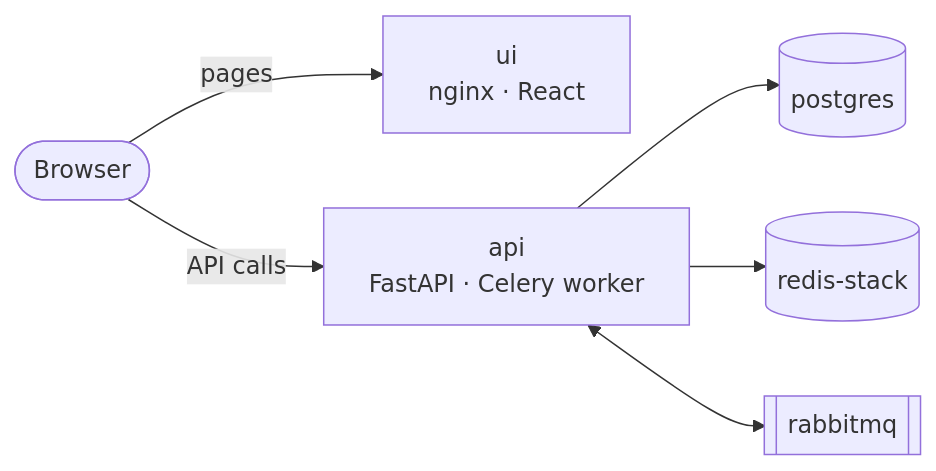
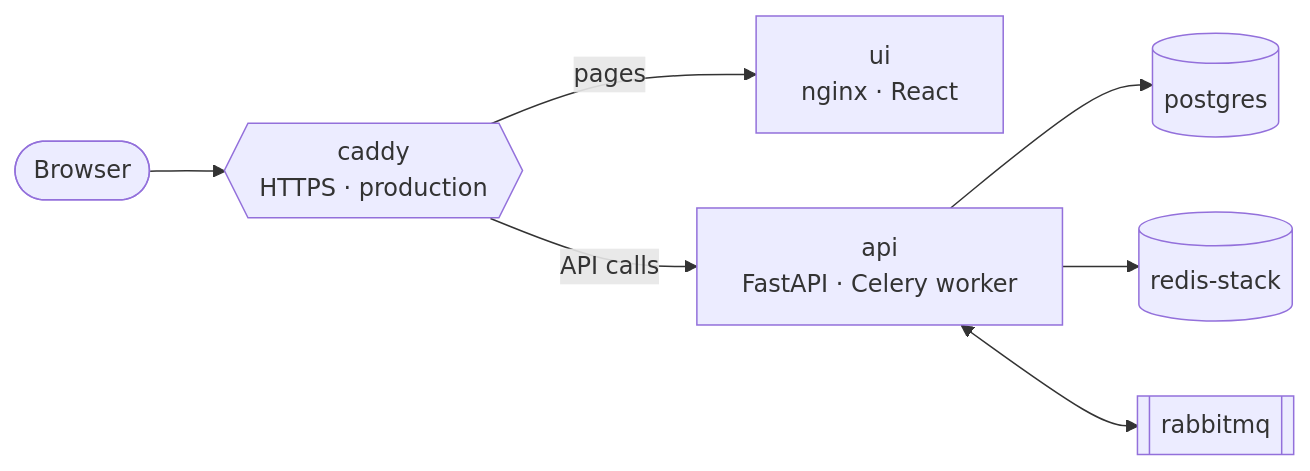
One commit to armir-eng/deplocker changed the diagram in README.md. Above: the diagram before and after it, drawn with Mermaid. The commit also changed other lines of this file and 4 other files, not shown here.

````diff
--- a/README.md
+++ b/README.md
@@ -39,15 +41,17 @@
 ```mermaid
 flowchart LR
     browser(["Browser"])
+    caddy{{"caddy<br/>HTTPS · production"}}
     ui["ui<br/>nginx · React"]
     api["api<br/>FastAPI · Celery worker"]
     postgres[("postgres")]
     redis[("redis-stack")]
     rabbitmq[["rabbitmq"]]
 
-    browser -->|pages| ui
-    browser -->|API calls| api
+    browser --> caddy
+    caddy -->|pages| ui
+    caddy -->|API calls| api
     api --> postgres
     api --> redis
     api <--> rabbitmq
 ```
````
